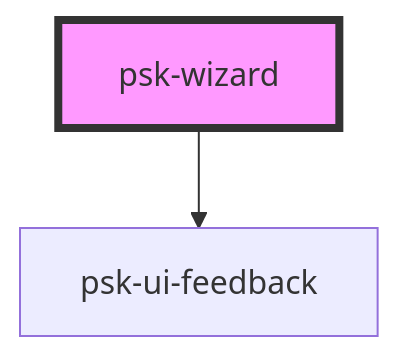
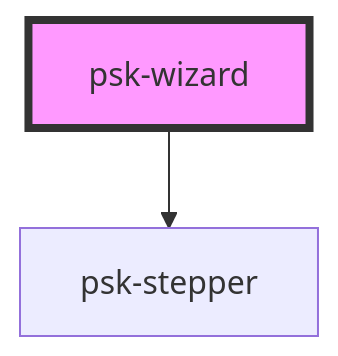
Before and after one commit to daniel-visoiu/cardinal: the diagram in src/components/psk-wizard/readme.md, drawn with Mermaid. The commit also changed other lines of this file and 12 other files, not shown here.

Commit message:
refactor wizard - created customizable psk-stepper and the default rendererer, psk-stepper-renderer

````diff
--- a/src/components/psk-wizard/readme.md
+++ b/src/components/psk-wizard/readme.md
@@ -31,5 +32,5 @@
 ```mermaid
 graph TD;
-  psk-wizard --> psk-ui-feedback
+  psk-wizard --> psk-stepper
   style psk-wizard fill:#f9f,stroke:#333,stroke-width:4px
 ```
````
